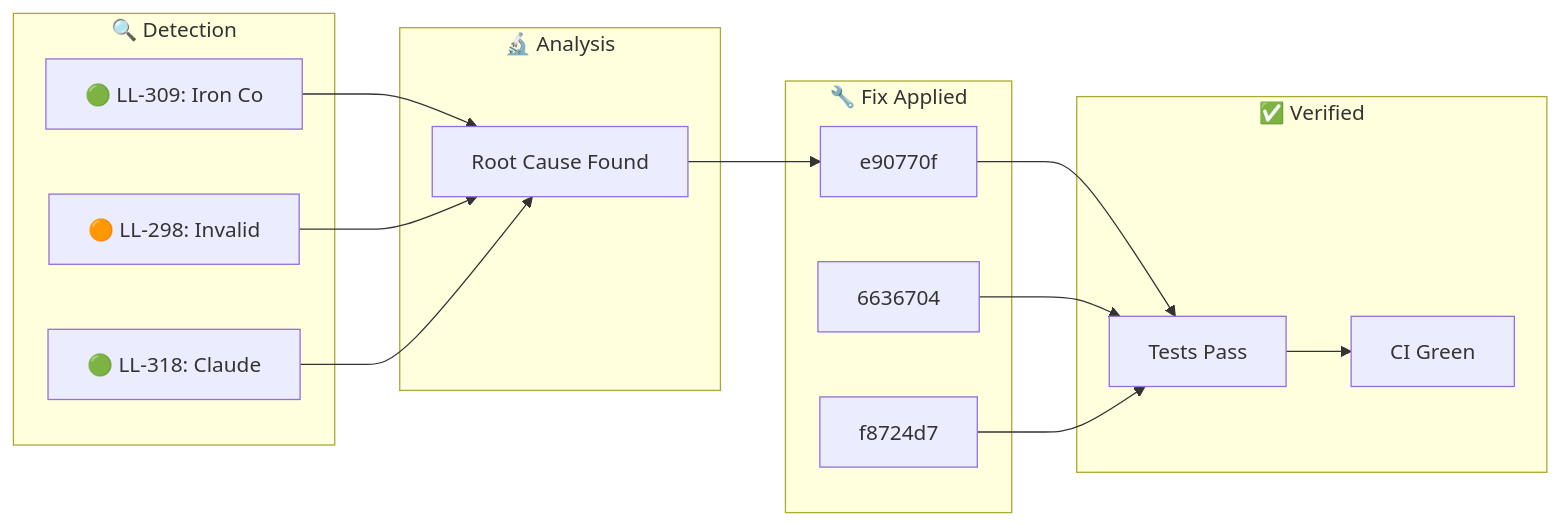
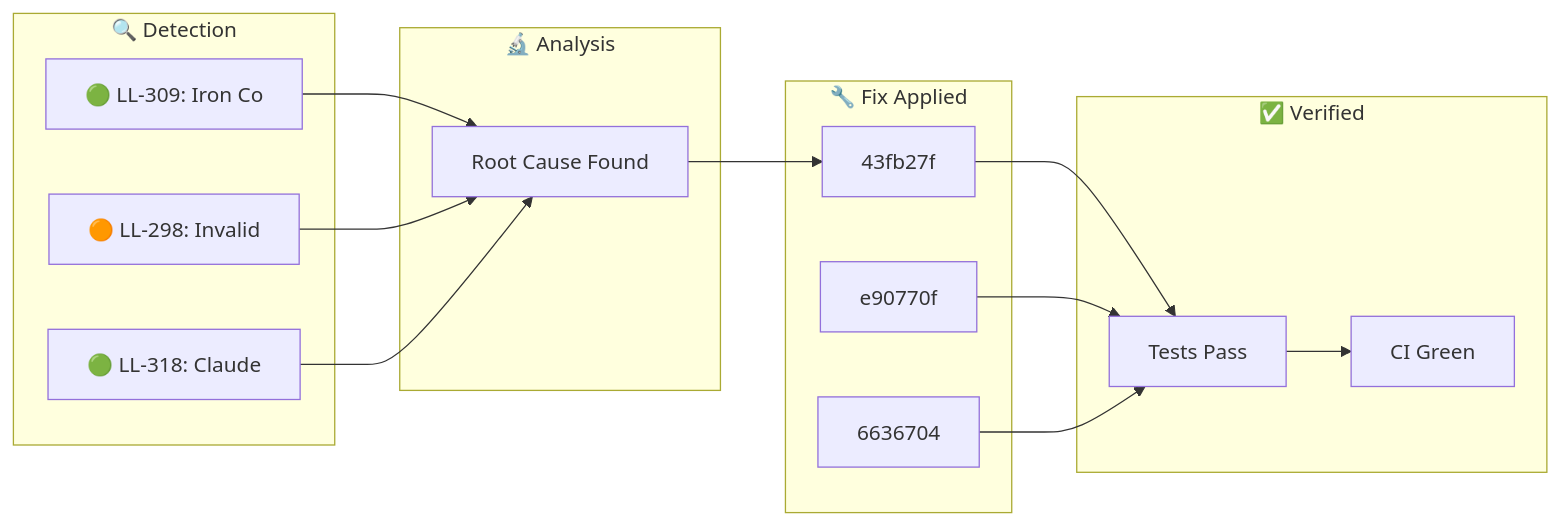
The diagram in docs/_posts/2026-01-29-ralph-discovery.md (YoByron/trading), drawn with Mermaid before and after one commit. The commit also changed other lines of this file, not shown here.

Commit message:
docs(ralph): Auto-publish discovery blog post

````diff
--- a/docs/_posts/2026-01-29-ralph-discovery.md
+++ b/docs/_posts/2026-01-29-ralph-discovery.md
@@ -17,28 +17,28 @@
 ```mermaid
 flowchart LR
     subgraph Detection["🔍 Detection"]
         D1["🟢 LL-309: Iron Co"]
         D2["🟠 LL-298: Invalid"]
         D3["🟢 LL-318: Claude "]
     end
     subgraph Analysis["🔬 Analysis"]
         A1["Root Cause Found"]
     end
     subgraph Fix["🔧 Fix Applied"]
-        F1["e90770f"]
-        F2["6636704"]
-        F3["f8724d7"]
+        F1["43fb27f"]
+        F2["e90770f"]
+        F3["6636704"]
     end
     subgraph Verify["✅ Verified"]
         V1["Tests Pass"]
         V2["CI Green"]
     end
     D1 --> A1
     D2 --> A1
     D3 --> A1
     A1 --> F1
     F1 --> V1
     F2 --> V1
     F3 --> V1
     V1 --> V2
 ```
````
